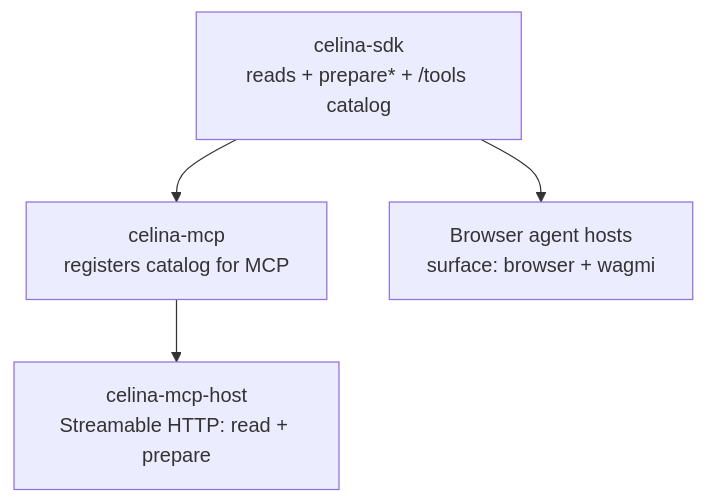
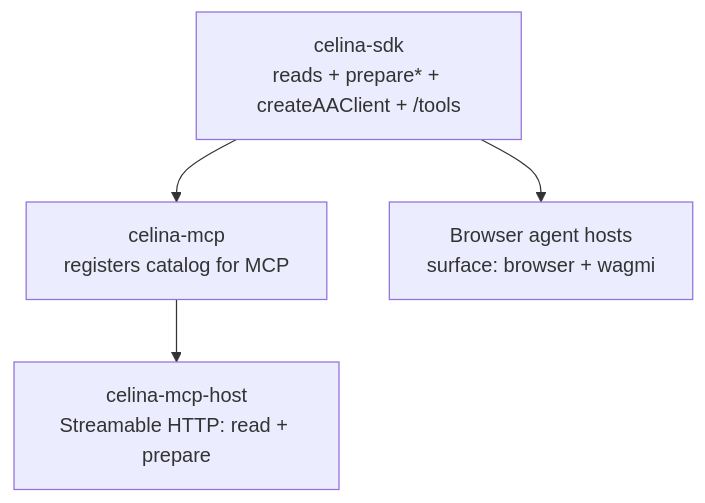
One commit to andrewkimjoseph/celina-sdk changed the diagram in docs/README.md. Above: the diagram before and after it, drawn with Mermaid. The commit also changed other lines of this file and 115 other files, not shown here.

````diff
--- a/docs/README.md
+++ b/docs/README.md
@@ -13,11 +13,11 @@
 ```mermaid
 flowchart TB
-  sdk["celina-sdk<br/>reads + prepare* + /tools catalog"]
+  sdk["celina-sdk<br/>reads + prepare* + createAAClient + /tools"]
   mcp["celina-mcp<br/>registers catalog for MCP"]
   host["celina-mcp-host<br/>Streamable HTTP: read + prepare"]
   browser["Browser agent hosts<br/>surface: browser + wagmi"]
 
   sdk --> mcp
   mcp --> host
   sdk --> browser
 ```
````
